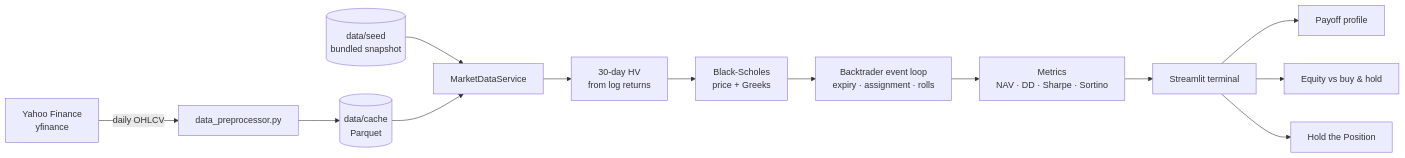
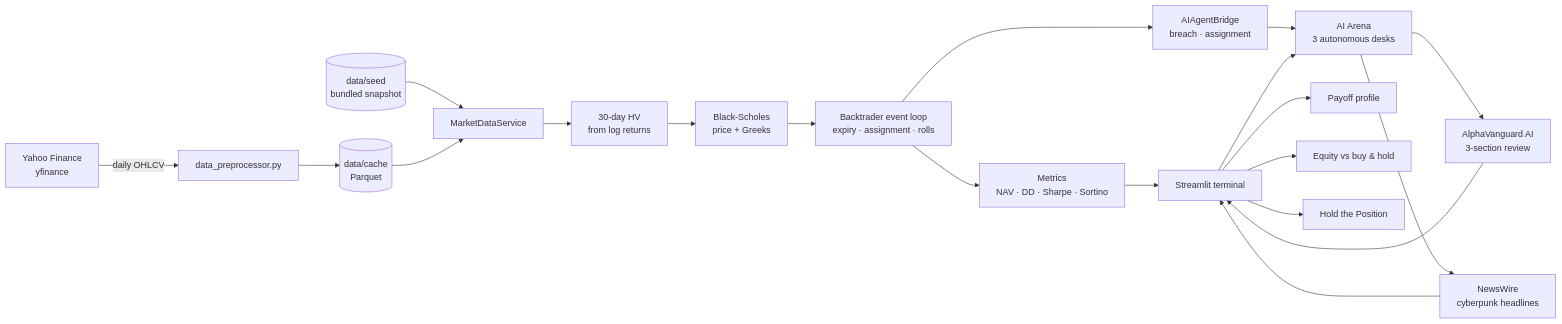
One commit to SergeyGer/DerivLab changed the diagram in README.md. Above: the diagram before and after it, drawn with Mermaid. The commit also changed other lines of this file and 31 other files, not shown here.

First line of the commit message:
feat: autonomous AI Arena with rival desks and NewsWire

````diff
--- a/README.md
+++ b/README.md
@@ -287,15 +463,22 @@
 ```mermaid
 flowchart LR
     YF["Yahoo Finance<br/>yfinance"] -->|"daily OHLCV"| PRE["data_preprocessor.py"]
     PRE --> CACHE[("data/cache<br/>Parquet")]
     SEED[("data/seed<br/>bundled snapshot")] --> LOAD["MarketDataService"]
     CACHE --> LOAD
     LOAD --> HV["30-day HV<br/>from log returns"]
     HV --> BS["Black-Scholes<br/>price + Greeks"]
     BS --> BT["Backtrader event loop<br/>expiry · assignment · rolls"]
     BT --> METRICS["Metrics<br/>NAV · DD · Sharpe · Sortino"]
+    BT --> BRIDGE["AIAgentBridge<br/>breach · assignment"]
+    BRIDGE --> ARENA["AI Arena<br/>3 autonomous desks"]
+    ARENA --> CRITIC["AlphaVanguard AI<br/>3-section review"]
+    ARENA --> NEWS["NewsWire<br/>cyberpunk headlines"]
     METRICS --> UI["Streamlit terminal"]
     UI --> PAYOFF["Payoff profile"]
     UI --> EQUITY["Equity vs buy & hold"]
     UI --> GAME["Hold the Position"]
+    UI --> ARENA
+    CRITIC --> UI
+    NEWS --> UI
 ```
````
